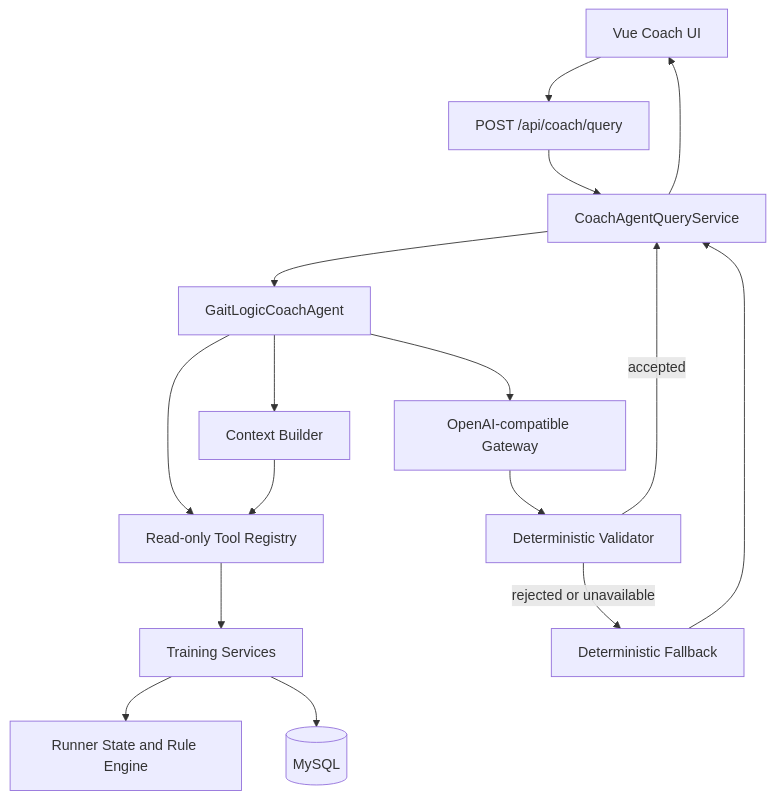
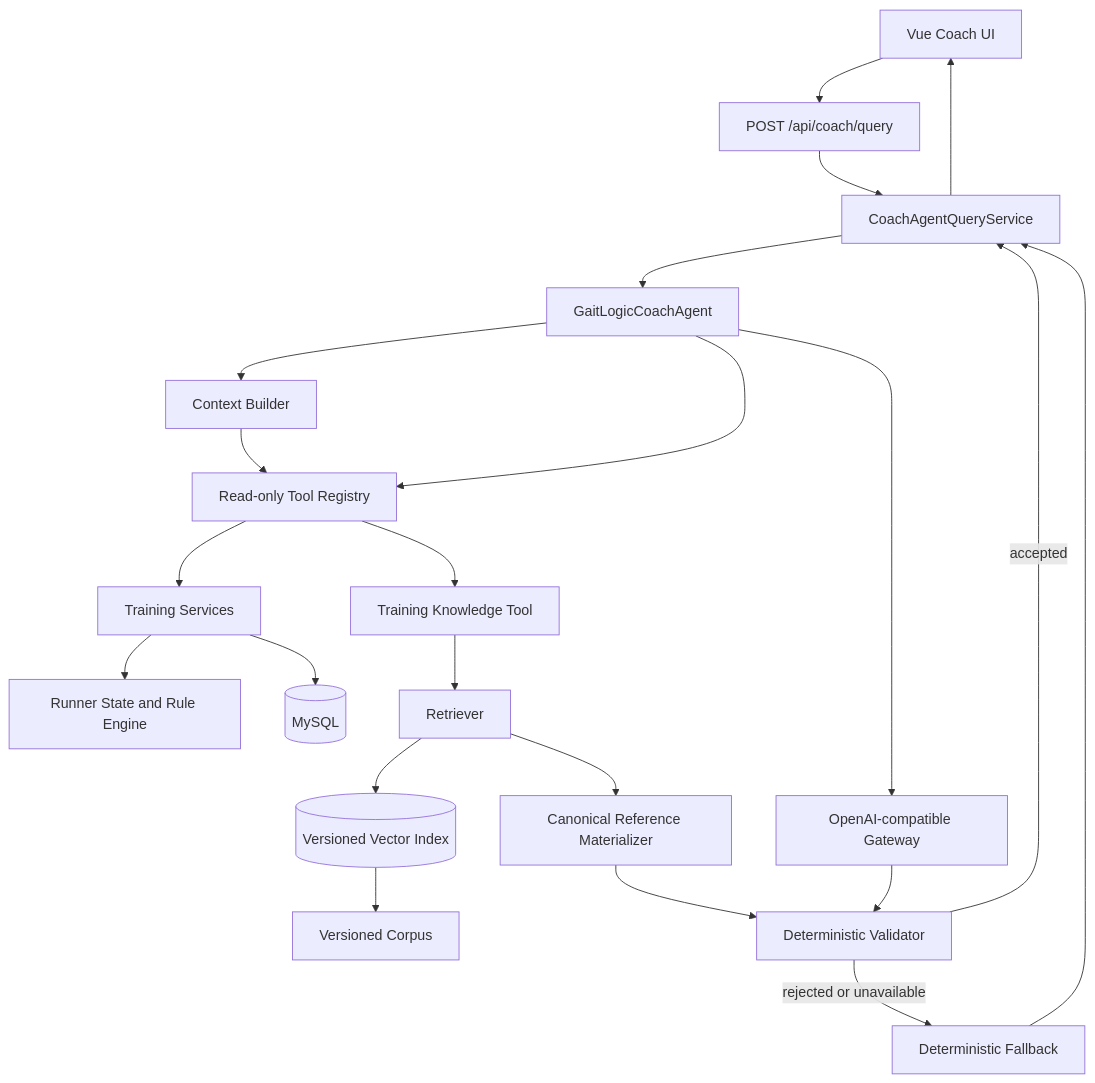
One commit to Reol2022/GaitLogic-Planner changed the diagram in README-EN.md. Above: the diagram before and after it, drawn with Mermaid. The commit also changed other lines of this file and 15 other files, not shown here.

````diff
--- a/README-EN.md
+++ b/README-EN.md
@@ -125,18 +134,24 @@
 ```mermaid
 flowchart TD
     UI[Vue Coach UI] --> API[POST /api/coach/query]
     API --> QS[CoachAgentQueryService]
     QS --> AGENT[GaitLogicCoachAgent]
     AGENT --> CTX[Context Builder]
     AGENT --> REG[Read-only Tool Registry]
     AGENT --> LLM[OpenAI-compatible Gateway]
     CTX --> REG
     REG --> SERVICES[Training Services]
+    REG --> KTOOL[Training Knowledge Tool]
+    KTOOL --> RETRIEVER[Retriever]
+    RETRIEVER --> INDEX[(Versioned Vector Index)]
+    INDEX --> CORPUS[Versioned Corpus]
     SERVICES --> RULES[Runner State and Rule Engine]
     SERVICES --> DB[(MySQL)]
     LLM --> VAL[Deterministic Validator]
+    RETRIEVER --> REF[Canonical Reference Materializer]
+    REF --> VAL
     VAL -->|accepted| QS
     VAL -->|rejected or unavailable| FALLBACK[Deterministic Fallback]
     FALLBACK --> QS
     QS --> UI
 ```
````
